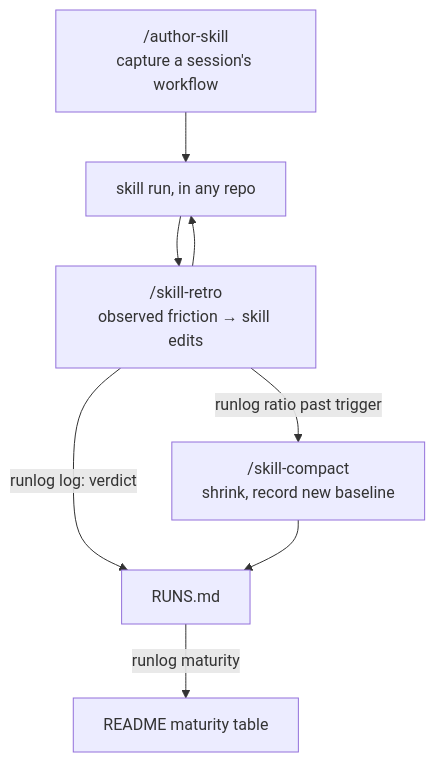
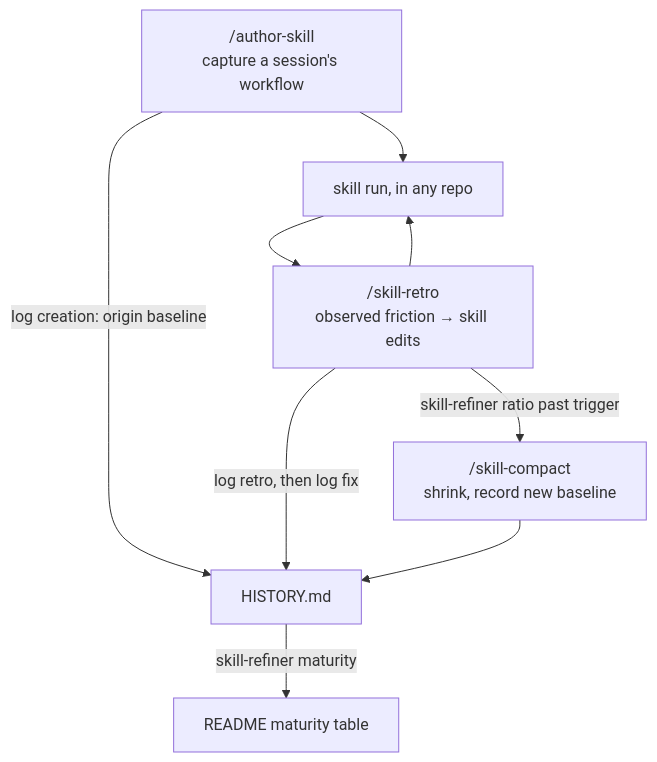
The second of 2 diagrams in README.md (NicoVIII/claude-config), drawn with Mermaid before and after one commit. The commit also changed other lines of this file and 48 other files, not shown here.

````diff
--- a/README.md
+++ b/README.md
@@ -147,10 +148,11 @@
 ```mermaid
 flowchart TD
     AUTHOR["/author-skill<br/>capture a session's workflow"] --> RUN["skill run, in any repo"]
+    AUTHOR -->|"log creation: origin baseline"| LOG["HISTORY.md"]
     RUN --> RETRO["/skill-retro<br/>observed friction → skill edits"]
-    RETRO -->|"runlog log: verdict"| LOG["RUNS.md"]
-    LOG -->|"runlog maturity"| TABLE["README maturity table"]
-    RETRO -->|"runlog ratio past trigger"| COMPACT["/skill-compact<br/>shrink, record new baseline"]
+    RETRO -->|"log retro, then log fix"| LOG
+    LOG -->|"skill-refiner maturity"| TABLE["README maturity table"]
+    RETRO -->|"skill-refiner ratio past trigger"| COMPACT["/skill-compact<br/>shrink, record new baseline"]
     COMPACT --> LOG
     RETRO --> RUN
 ```
````
